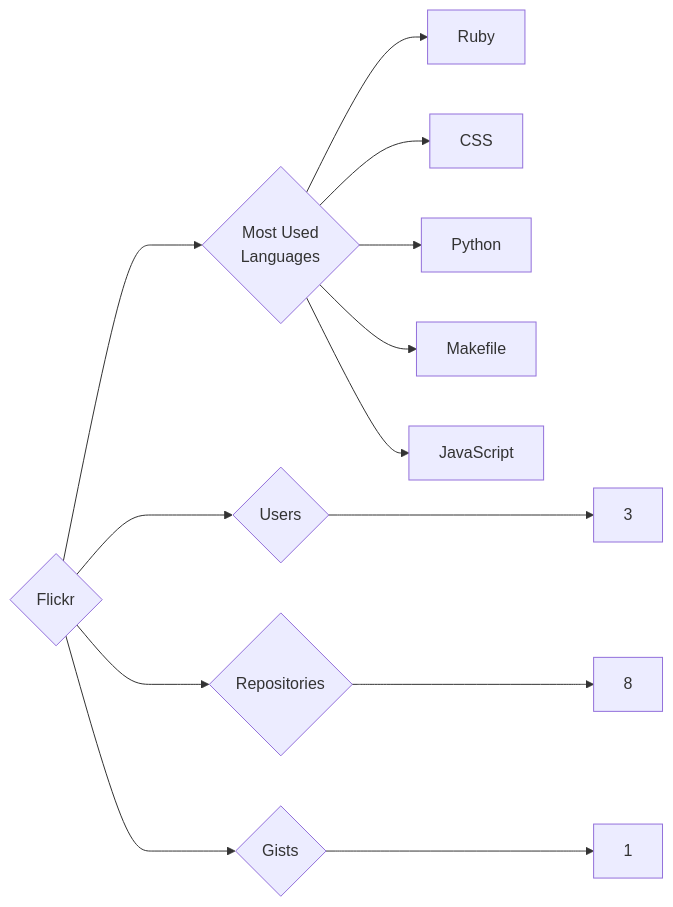
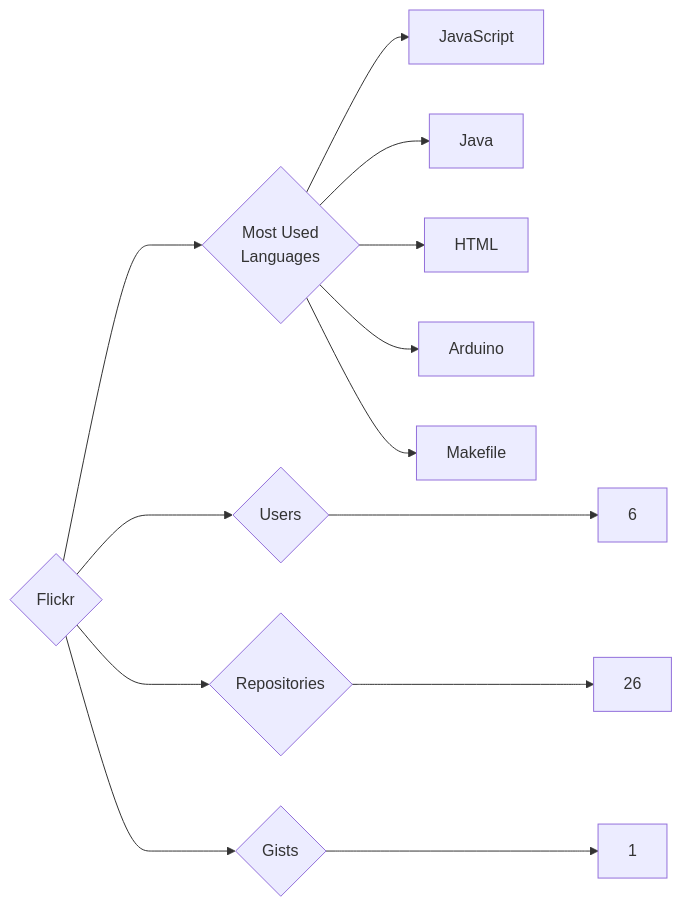
One commit to trickest/insiders changed the diagram in targets/Flickr/README.md. Above: the diagram before and after it, drawn with Mermaid. The commit also changed 1141 other files, not shown here.

````diff
--- a/targets/Flickr/README.md
+++ b/targets/Flickr/README.md
@@ -3,13 +3,13 @@
 ```mermaid
 graph LR
 COMPANY_NAME{Flickr}
-COMPANY_NAME ---> U{Users} ---> UN[3]
-COMPANY_NAME ---> R{Repositories} ---> RN[8]
+COMPANY_NAME ---> U{Users} ---> UN[6]
+COMPANY_NAME ---> R{Repositories} ---> RN[26]
 COMPANY_NAME ---> G{Gists} ---> GN[1]
 COMPANY_NAME ---> ML{Most Used<br>Languages}
-ML --> Ruby[Ruby]
-ML --> CSS[CSS]
-ML --> Python[Python]
+ML --> JavaScript[JavaScript]
+ML --> Java[Java]
+ML --> HTML[HTML]
+ML --> Arduino[Arduino]
 ML --> Makefile[Makefile]
-ML --> JavaScript[JavaScript]
 ```
````
